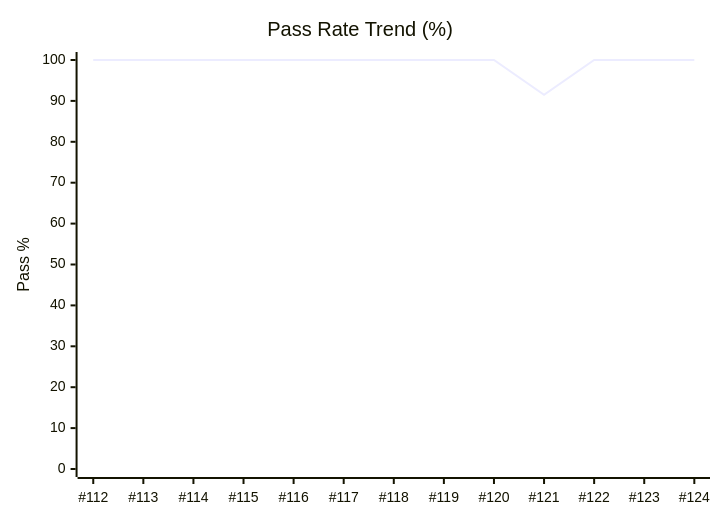
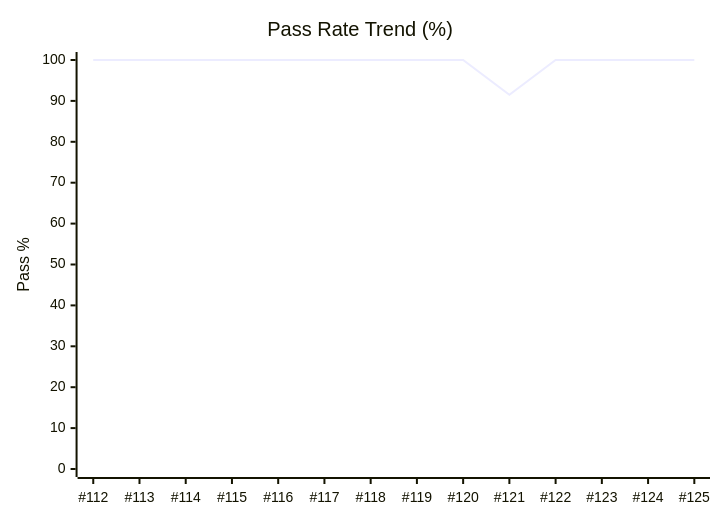
Before and after one commit to karimarie67/QA-boost: the diagram in dashboards/qa-metrics.md, drawn with Mermaid. The commit also changed other lines of this file and 2 other files, not shown here.

````diff
--- a/dashboards/qa-metrics.md
+++ b/dashboards/qa-metrics.md
@@ -37,7 +37,7 @@
 ```mermaid
 xychart-beta
     title "Pass Rate Trend (%)"
-    x-axis [#112, #113, #114, #115, #116, #117, #118, #119, #120, #121, #122, #123, #124]
+    x-axis [#112, #113, #114, #115, #116, #117, #118, #119, #120, #121, #122, #123, #124, #125]
     y-axis "Pass %" 0 --> 100
-    line [100.0, 100.0, 100.0, 100.0, 100.0, 100.0, 100.0, 100.0, 100.0, 91.5, 100.0, 100.0, 100.0]
+    line [100.0, 100.0, 100.0, 100.0, 100.0, 100.0, 100.0, 100.0, 100.0, 91.5, 100.0, 100.0, 100.0, 100.0]
 ```
````
